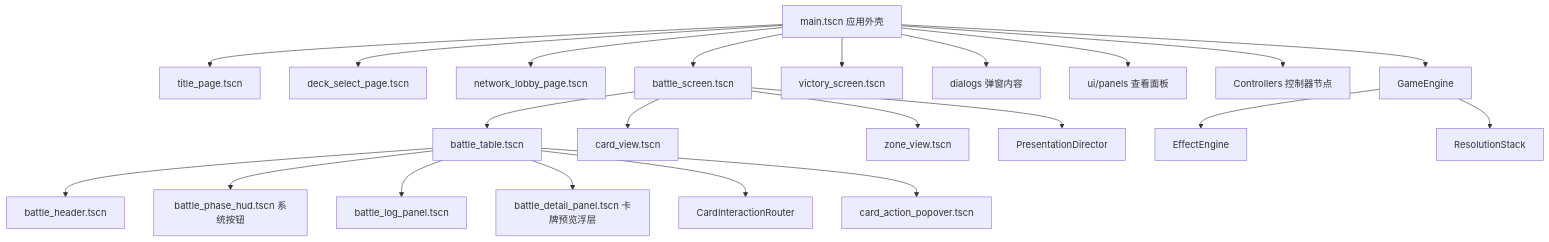
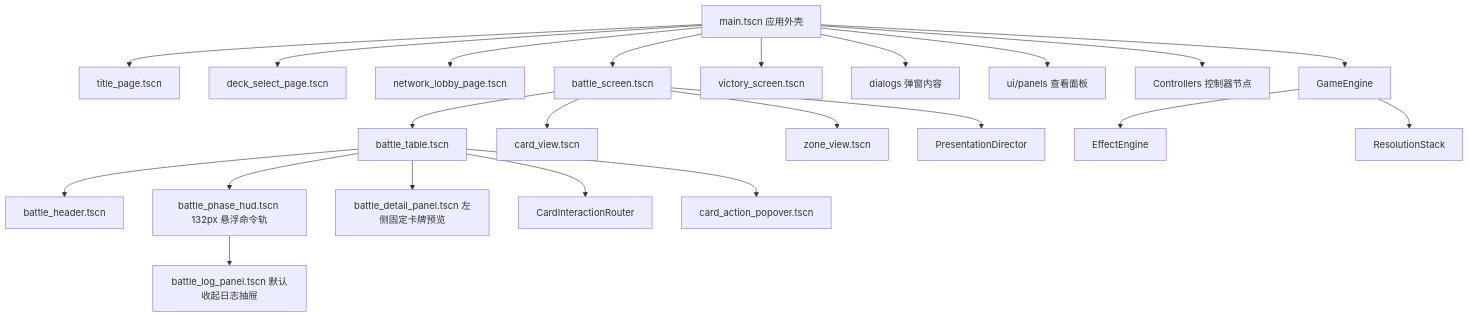
One commit to Endnight-ZHW/PokemonTCG changed the first of 3 diagrams in docs/GODOT_DEVELOPMENT_GUIDE.md. Above: the diagram before and after it, drawn with Mermaid. The commit also changed other lines of this file and 27 other files, not shown here.

````diff
--- a/docs/GODOT_DEVELOPMENT_GUIDE.md
+++ b/docs/GODOT_DEVELOPMENT_GUIDE.md
@@ -75,24 +75,24 @@
 ```mermaid
 flowchart TD
     Main[main.tscn 应用外壳] --> Title[title_page.tscn]
     Main --> Decks[deck_select_page.tscn]
     Main --> Network[network_lobby_page.tscn]
     Main --> Battle[battle_screen.tscn]
     Main --> Victory[victory_screen.tscn]
     Main --> Dialogs[dialogs 弹窗内容]
     Main --> Panels[ui/panels 查看面板]
     Main --> Controllers[Controllers 控制器节点]
     Battle --> Table[battle_table.tscn]
     Table --> Header[battle_header.tscn]
-    Table --> HUD[battle_phase_hud.tscn 系统按钮]
-    Table --> Log[battle_log_panel.tscn]
-    Table --> Detail[battle_detail_panel.tscn 卡牌预览浮层]
+    Table --> HUD[battle_phase_hud.tscn 132px 悬浮命令轨]
+    HUD --> Log[battle_log_panel.tscn 默认收起日志抽屉]
+    Table --> Detail[battle_detail_panel.tscn 左侧固定卡牌预览]
     Table --> Router[CardInteractionRouter]
     Table --> Popover[card_action_popover.tscn]
     Battle --> Card[card_view.tscn]
     Battle --> Zone[zone_view.tscn]
     Battle --> Presentation[PresentationDirector]
     Main --> Engine[GameEngine]
     Engine --> Effects[EffectEngine]
     Engine --> Stack[ResolutionStack]
 ```
````
